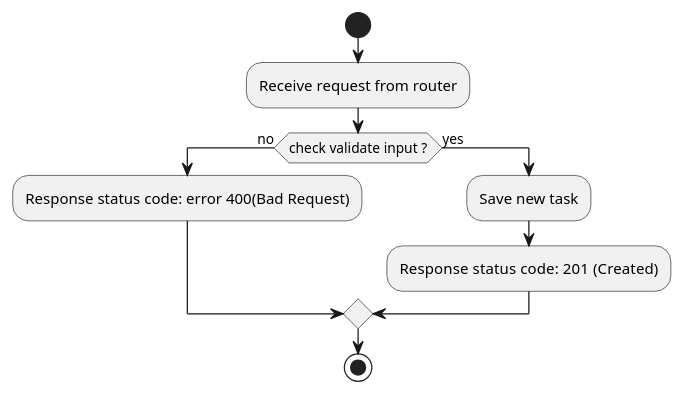
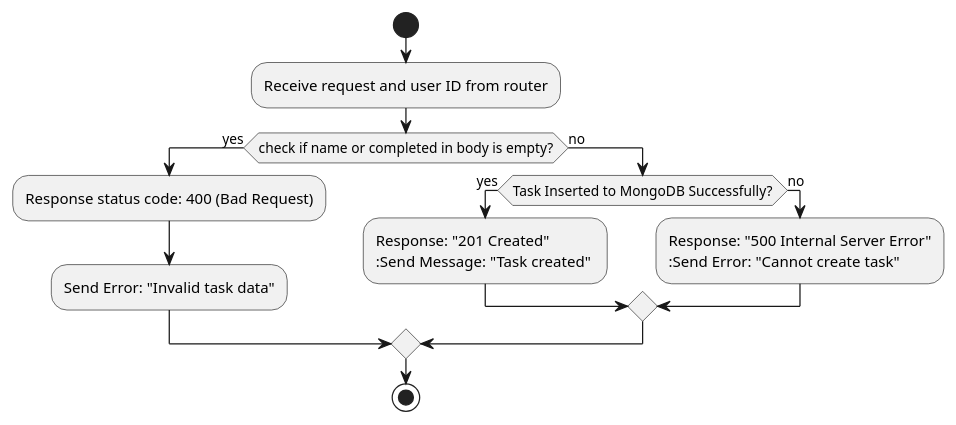
Before and after one commit to 3zard/AppToDo: the diagram in diagram/fileDiagram/controllerCreateTaskActivity.pu, drawn with PlantUML. The commit also changed 7 other files, not shown here.

Commit message:
Phong | fix flow login and create task in diagram

```diff
--- a/diagram/fileDiagram/controllerCreateTaskActivity.pu
+++ b/diagram/fileDiagram/controllerCreateTaskActivity.pu
@@ -1,11 +1,17 @@
 @startuml createTask Controller activity
 start
-:Receive request from router; 
-if (check validate input ?) then (no)
-    :Response status code: error 400(Bad Request);
-else (yes)
-    :Save new task;
-    :Response  status code: 201 (Created);
+:Receive request and user ID from router;
+if (check if name or completed in body is empty?) then (yes)
+    :Response status code: 400 (Bad Request);
+    :Send Error: "Invalid task data";
+else (no)
+    if (Task Inserted to MongoDB Successfully?) then (yes)
+        :Response: "201 Created"
+        :Send Message: "Task created" ;
+    else (no)
+        :Response: "500 Internal Server Error"
+        :Send Error: "Cannot create task" ;
+    endif
 endif
 stop
 @enduml
```
